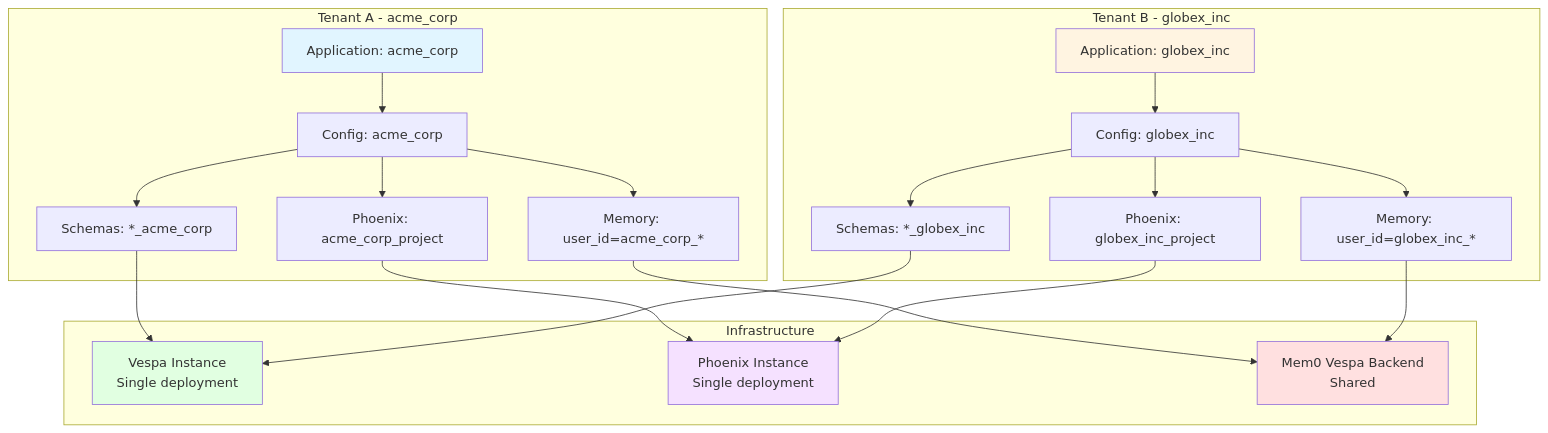
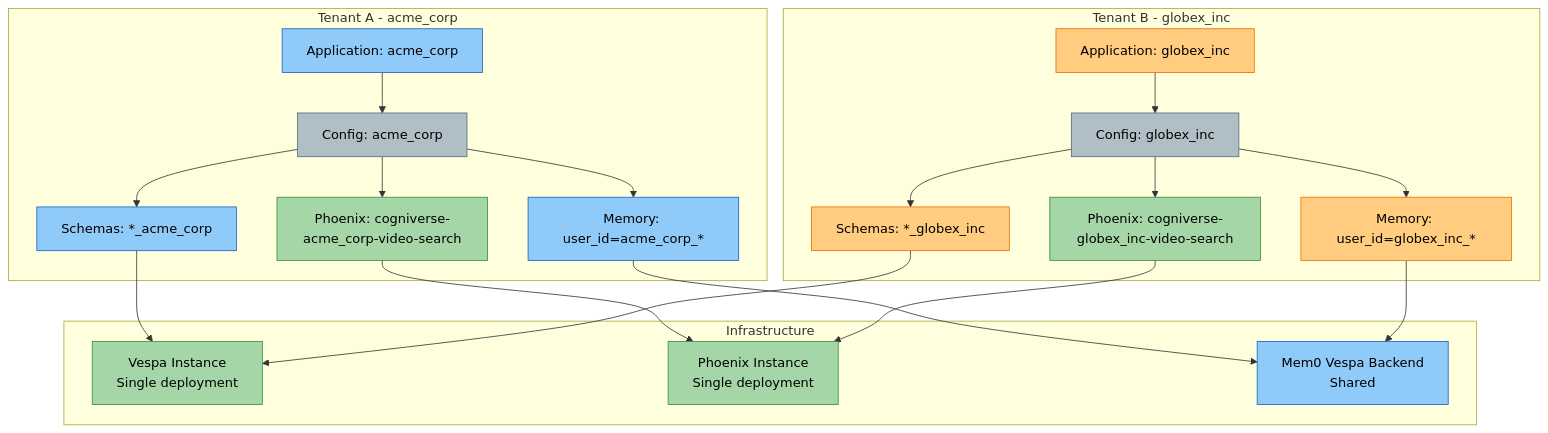
One commit to amit-jain/cogniverse changed diagram 16 of 19 in docs/diagrams/multi-tenant-diagrams.md. Above: the diagram before and after it, drawn with Mermaid. The commit also changed other lines of this file and 83 other files, not shown here.

First line of the commit message:
Fix documentation veracity, formatting, and diagrams across all modules

````diff
--- a/docs/diagrams/multi-tenant-diagrams.md
+++ b/docs/diagrams/multi-tenant-diagrams.md
@@ -610,47 +653,55 @@
 ```mermaid
-graph TB
+flowchart TB
     subgraph "Infrastructure"
-        Vespa[Vespa Instance<br/>Single deployment]
-        Phoenix[Phoenix Instance<br/>Single deployment]
-        Mem0Backend[Mem0 Vespa Backend<br/>Shared]
+        Vespa["<span style='color:#000'>Vespa Instance<br/>Single deployment</span>"]
+        Phoenix["<span style='color:#000'>Phoenix Instance<br/>Single deployment</span>"]
+        Mem0Backend["<span style='color:#000'>Mem0 Vespa Backend<br/>Shared</span>"]
     end
 
     subgraph "Tenant A - acme_corp"
-        AppA[Application: acme_corp]
-        ConfigA[Config: acme_corp]
-        SchemasA[Schemas: *_acme_corp]
-        ProjectA[Phoenix: acme_corp_project]
-        MemoryA[Memory: user_id=acme_corp_*]
+        AppA["<span style='color:#000'>Application: acme_corp</span>"]
+        ConfigA["<span style='color:#000'>Config: acme_corp</span>"]
+        SchemasA["<span style='color:#000'>Schemas: *_acme_corp</span>"]
+        ProjectA["<span style='color:#000'>Phoenix: cogniverse-acme_corp-video-search</span>"]
+        MemoryA["<span style='color:#000'>Memory: user_id=acme_corp_*</span>"]
     end
 
     subgraph "Tenant B - globex_inc"
-        AppB[Application: globex_inc]
-        ConfigB[Config: globex_inc]
-        SchemasB[Schemas: *_globex_inc]
-        ProjectB[Phoenix: globex_inc_project]
-        MemoryB[Memory: user_id=globex_inc_*]
+        AppB["<span style='color:#000'>Application: globex_inc</span>"]
+        ConfigB["<span style='color:#000'>Config: globex_inc</span>"]
+        SchemasB["<span style='color:#000'>Schemas: *_globex_inc</span>"]
+        ProjectB["<span style='color:#000'>Phoenix: cogniverse-globex_inc-video-search</span>"]
+        MemoryB["<span style='color:#000'>Memory: user_id=globex_inc_*</span>"]
     end
 
     AppA --> ConfigA
     ConfigA --> SchemasA
     ConfigA --> ProjectA
     ConfigA --> MemoryA
 
     AppB --> ConfigB
     ConfigB --> SchemasB
     ConfigB --> ProjectB
     ConfigB --> MemoryB
 
     SchemasA --> Vespa
     SchemasB --> Vespa
     ProjectA --> Phoenix
     ProjectB --> Phoenix
     MemoryA --> Mem0Backend
     MemoryB --> Mem0Backend
 
-    style Vespa fill:#e1ffe1
-    style Phoenix fill:#f5e1ff
-    style Mem0Backend fill:#ffe0e0
-    style AppA fill:#e1f5ff
-    style AppB fill:#fff4e1
+    style Vespa fill:#a5d6a7,stroke:#388e3c,color:#000
+    style Phoenix fill:#a5d6a7,stroke:#388e3c,color:#000
+    style Mem0Backend fill:#90caf9,stroke:#1565c0,color:#000
+    style AppA fill:#90caf9,stroke:#1565c0,color:#000
+    style ConfigA fill:#b0bec5,stroke:#546e7a,color:#000
+    style SchemasA fill:#90caf9,stroke:#1565c0,color:#000
+    style ProjectA fill:#a5d6a7,stroke:#388e3c,color:#000
+    style MemoryA fill:#90caf9,stroke:#1565c0,color:#000
+    style AppB fill:#ffcc80,stroke:#ef6c00,color:#000
+    style ConfigB fill:#b0bec5,stroke:#546e7a,color:#000
+    style SchemasB fill:#ffcc80,stroke:#ef6c00,color:#000
+    style ProjectB fill:#a5d6a7,stroke:#388e3c,color:#000
+    style MemoryB fill:#ffcc80,stroke:#ef6c00,color:#000
 ```
````
